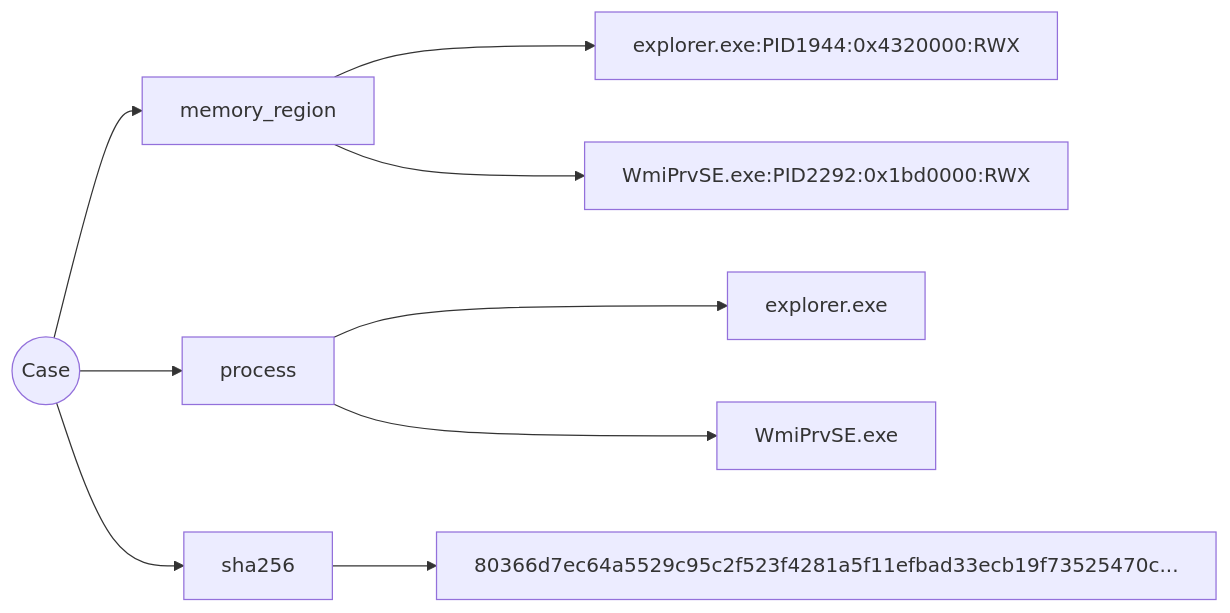
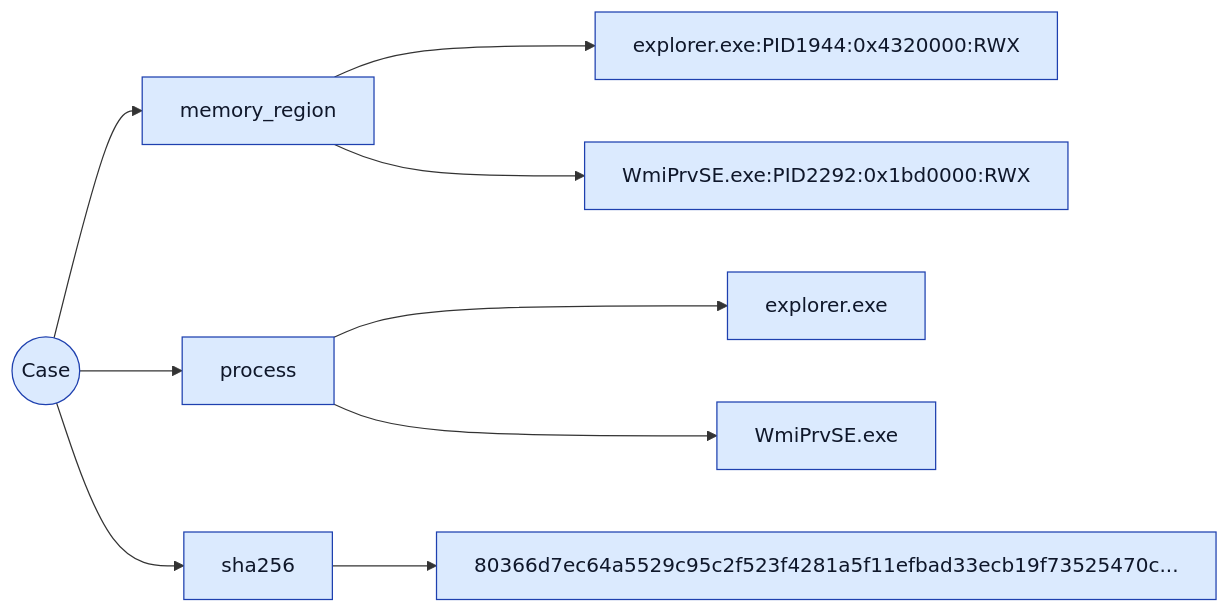
The first of 2 diagrams in 2026-06-01-report-engine-design/generated/challenge-notchitup/analyst.md (galvangabriel-web/agentropix-mcp), drawn with Mermaid before and after one commit. The commit also changed other lines of this file and 36 other files, not shown here.

Commit message:
report-engine: fix report formatting — broken mermaid timeline -> GitLab-safe flowchart (classDef colors), pro self-contained HTML (bundled mermaid.js), Playwright-rendered PDFs (diagrams as SVG), tidied risk-register columns

````diff
--- a/2026-06-01-report-engine-design/generated/challenge-notchitup/analyst.md
+++ b/2026-06-01-report-engine-design/generated/challenge-notchitup/analyst.md
@@ -63,20 +63,22 @@
 ```mermaid
 flowchart LR
     case(("Case"))
     t0["memory_region"]
     case --> t0
     v0["explorer.exe:PID1944:0x4320000:RWX"]
     t0 --> v0
     v1["WmiPrvSE.exe:PID2292:0x1bd0000:RWX"]
     t0 --> v1
     t1["process"]
     case --> t1
     v2["explorer.exe"]
     t1 --> v2
     v3["WmiPrvSE.exe"]
     t1 --> v3
     t2["sha256"]
     case --> t2
     v4["80366d7ec64a5529c95c2f523f4281a5f11efbad33ecb19f73525470c..."]
     t2 --> v4
+    classDef ioc fill:#dbeafe,stroke:#1e40af,color:#0f172a;
+    class case,t0,t1,t2,v0,v1,v2,v3,v4 ioc;
 ```
````
